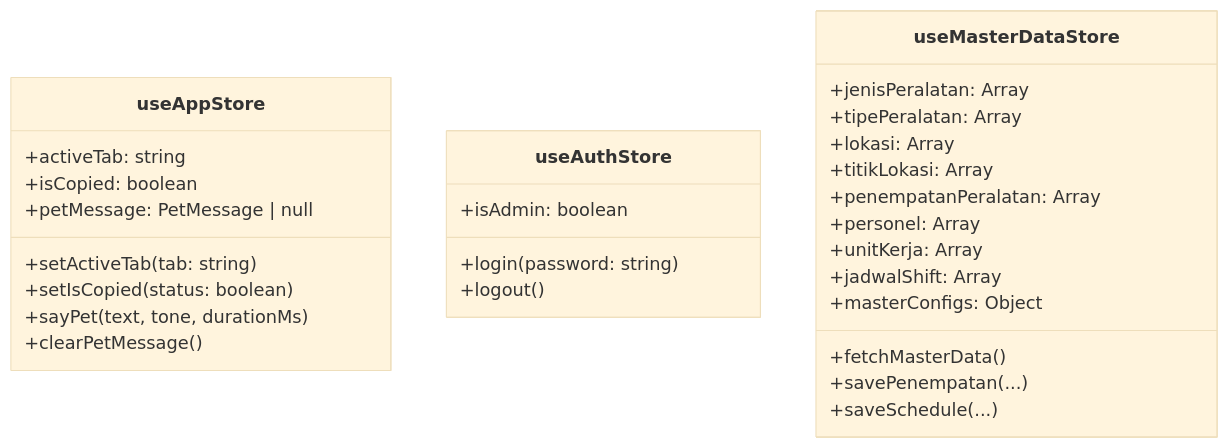
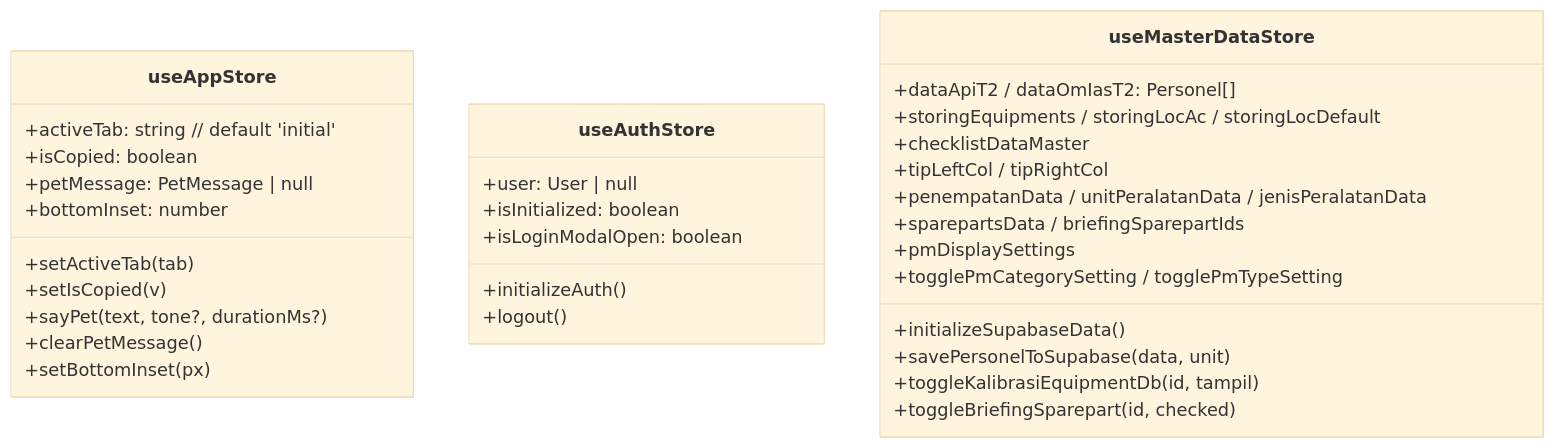
The second of 2 diagrams in architecture.md (seevent/normal-operasi), drawn with Mermaid (base theme) before and after one commit. The commit also changed other lines of this file and 15 other files, not shown here.

````diff
--- a/architecture.md
+++ b/architecture.md
@@ -124,33 +98,35 @@
 ```mermaid
 classDiagram
     class useAppStore {
-        +activeTab: string
+        +activeTab: string  // default 'initial'
         +isCopied: boolean
         +petMessage: PetMessage | null
-        +setActiveTab(tab: string)
-        +setIsCopied(status: boolean)
-        +sayPet(text, tone, durationMs)
+        +bottomInset: number
+        +setActiveTab(tab)
+        +setIsCopied(v)
+        +sayPet(text, tone?, durationMs?)
         +clearPetMessage()
+        +setBottomInset(px)
     }
-    
     class useAuthStore {
-        +isAdmin: boolean
-        +login(password: string)
+        +user: User | null
+        +isInitialized: boolean
+        +isLoginModalOpen: boolean
+        +initializeAuth()
         +logout()
     }
-    
     class useMasterDataStore {
-        +jenisPeralatan: Array
-        +tipePeralatan: Array
-        +lokasi: Array
-        +titikLokasi: Array
-        +penempatanPeralatan: Array
-        +personel: Array
-        +unitKerja: Array
-        +jadwalShift: Array
-        +masterConfigs: Object
-        +fetchMasterData()
-        +savePenempatan(...)
-        +saveSchedule(...)
+        +dataApiT2 / dataOmIasT2: Personel[]
+        +storingEquipments / storingLocAc / storingLocDefault
+        +checklistDataMaster
+        +tipLeftCol / tipRightCol
+        +penempatanData / unitPeralatanData / jenisPeralatanData
+        +sparepartsData / briefingSparepartIds
+        +pmDisplaySettings
+        +initializeSupabaseData()
+        +savePersonelToSupabase(data, unit)
+        +toggleKalibrasiEquipmentDb(id, tampil)
+        +toggleBriefingSparepart(id, checked)
+        +togglePmCategorySetting / togglePmTypeSetting
     }
 ```
````
